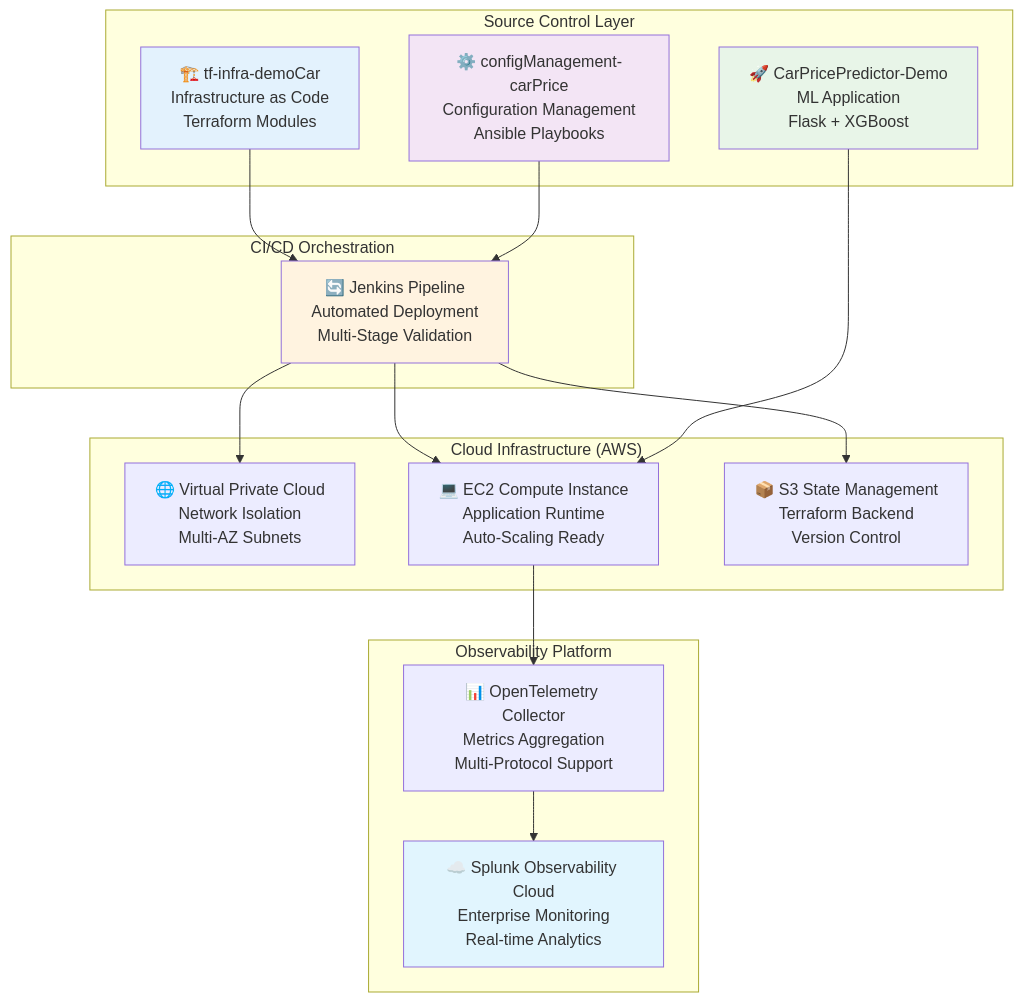
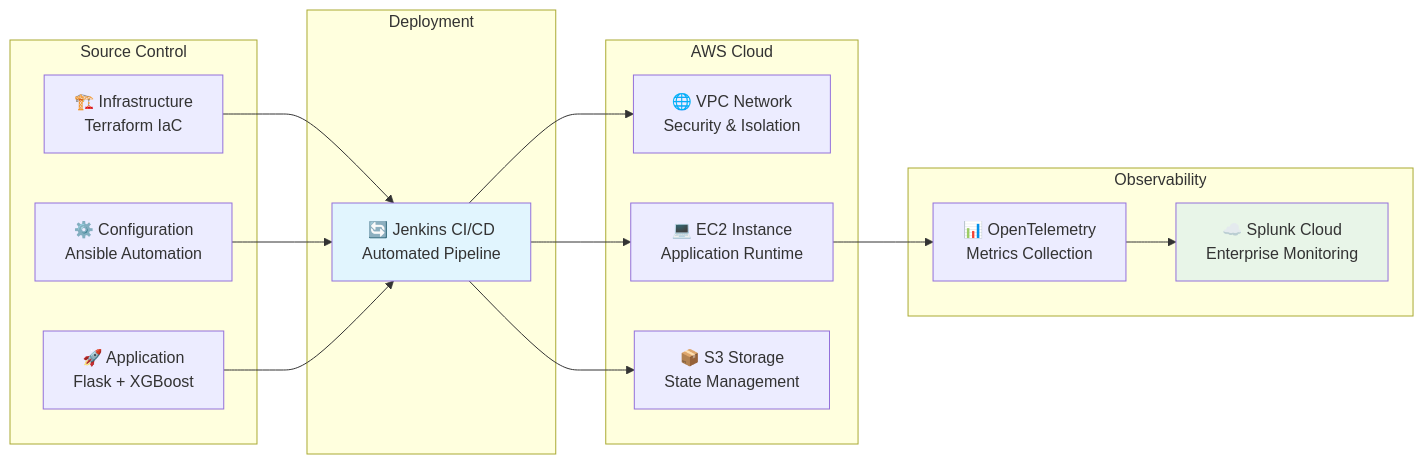
Before and after one commit to andreaendigital/CarPricePredictor-Demo: the first of 6 diagrams in docs/jenkins/DOCUMENTATION_FOR_EXPO.md, drawn with Mermaid. The commit also changed other lines of this file, not shown here.

First line of the commit message:
docs: redesign Enterprise Architecture Overview for better organization

````diff
--- a/docs/jenkins/DOCUMENTATION_FOR_EXPO.md
+++ b/docs/jenkins/DOCUMENTATION_FOR_EXPO.md
@@ -19,38 +17,37 @@
 ```mermaid
-graph TB
-    subgraph "Source Control Layer"
-        A[🏗️ tf-infra-demoCar<br/>Infrastructure as Code<br/>Terraform Modules]
-        B[⚙️ configManagement-carPrice<br/>Configuration Management<br/>Ansible Playbooks]
-        C[🚀 CarPricePredictor-Demo<br/>ML Application<br/>Flask + XGBoost]
+flowchart LR
+    subgraph "Source Control"
+        A[🏗️ Infrastructure<br/>Terraform IaC]
+        B[⚙️ Configuration<br/>Ansible Automation]
+        C[🚀 Application<br/>Flask + XGBoost]
     end
 
-    subgraph "CI/CD Orchestration"
-        D[🔄 Jenkins Pipeline<br/>Automated Deployment<br/>Multi-Stage Validation]
+    subgraph "Deployment"
+        D[🔄 Jenkins CI/CD<br/>Automated Pipeline]
     end
 
-    subgraph "Cloud Infrastructure (AWS)"
-        E[🌐 Virtual Private Cloud<br/>Network Isolation<br/>Multi-AZ Subnets]
-        F[💻 EC2 Compute Instance<br/>Application Runtime<br/>Auto-Scaling Ready]
-        I[📦 S3 State Management<br/>Terraform Backend<br/>Version Control]
+    subgraph "AWS Cloud"
+        E[🌐 VPC Network<br/>Security & Isolation]
+        F[💻 EC2 Instance<br/>Application Runtime]
+        G[📦 S3 Storage<br/>State Management]
     end
 
-    subgraph "Observability Platform"
-        J[☁️ Splunk Observability Cloud<br/>Enterprise Monitoring<br/>Real-time Analytics]
-        K[📊 OpenTelemetry Collector<br/>Metrics Aggregation<br/>Multi-Protocol Support]
+    subgraph "Observability"
+        H[📊 OpenTelemetry<br/>Metrics Collection]
+        I[☁️ Splunk Cloud<br/>Enterprise Monitoring]
     end
 
     A --> D
     B --> D
+    C --> D
+
     D --> E
     D --> F
-    D --> I
-    C --> F
-    F --> K
-    K --> J
+    D --> G
 
-    style A fill:#e3f2fd
-    style B fill:#f3e5f5
-    style C fill:#e8f5e8
-    style D fill:#fff3e0
-    style J fill:#e1f5fe
+    F --> H
+    H --> I
+
+    style D fill:#e1f5fe
+    style I fill:#e8f5e8
 ```
````
